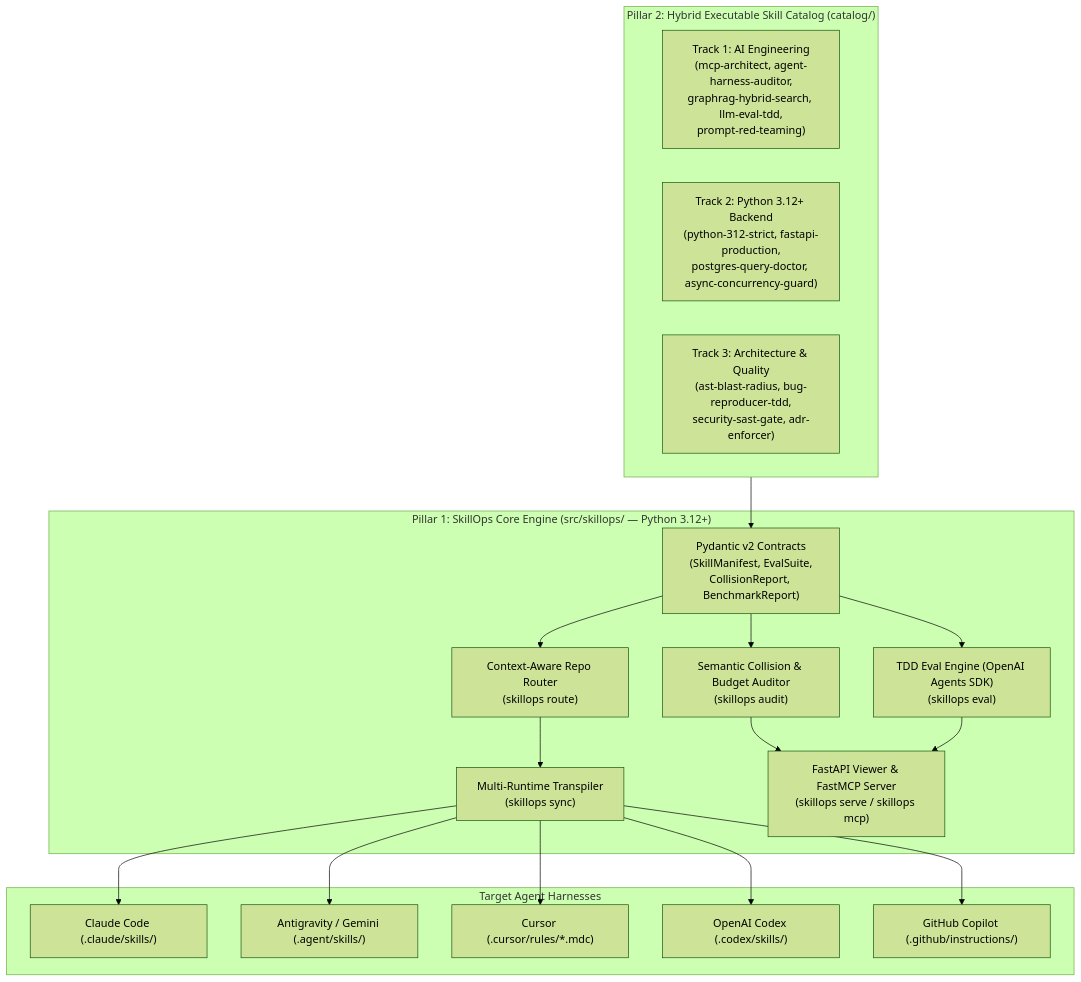
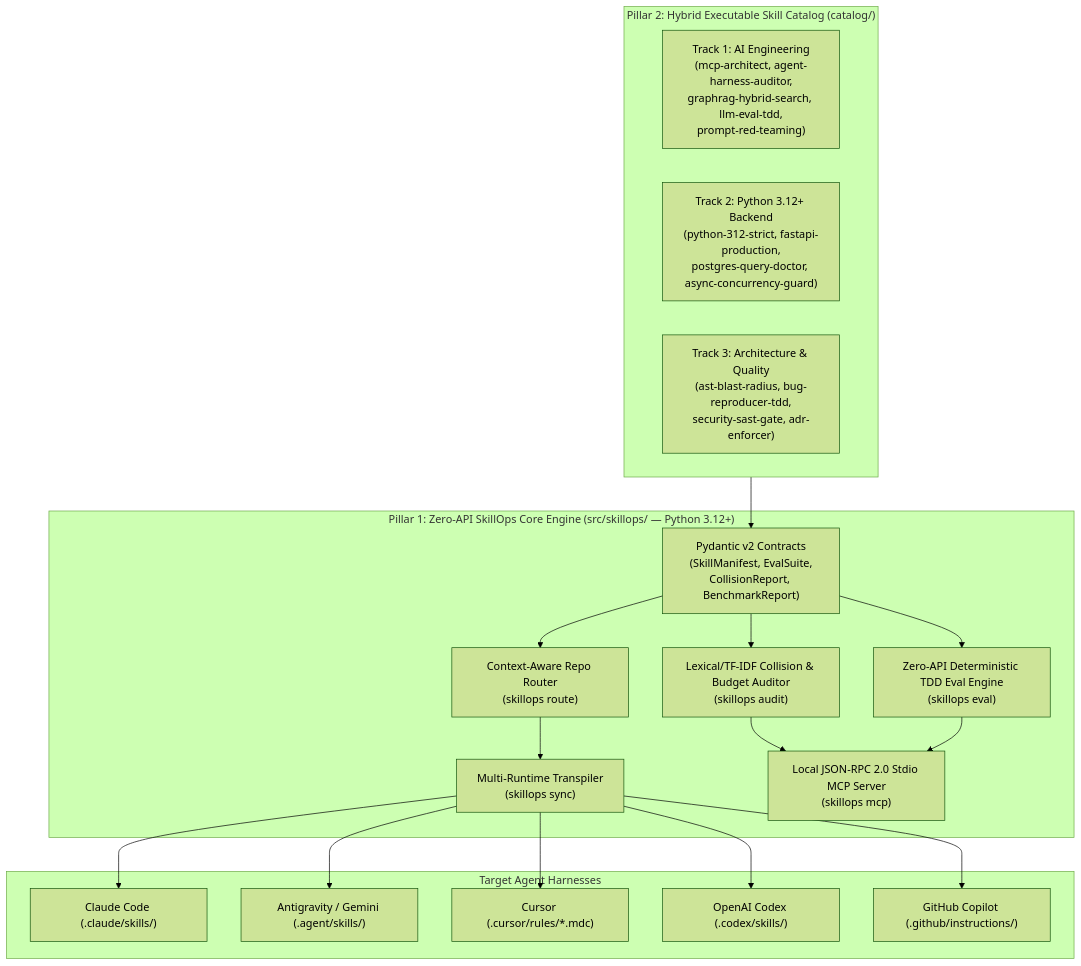
The diagram in docs/architecture/README.md (OdevMatheus/SkillOps), drawn with Mermaid (forest theme) before and after one commit. The commit also changed other lines of this file and 15 other files, not shown here.

First line of the commit message:
refactor(core): remove all external LLM and HTTP API dependencies (100% Zero-API)

````diff
--- a/docs/architecture/README.md
+++ b/docs/architecture/README.md
@@ -24,33 +24,33 @@
 ```mermaid
 flowchart TB
     subgraph Catalog["Pillar 2: Hybrid Executable Skill Catalog (catalog/)"]
         T1["Track 1: AI Engineering\n(mcp-architect, agent-harness-auditor,\ngraphrag-hybrid-search, llm-eval-tdd,\nprompt-red-teaming)"]
         T2["Track 2: Python 3.12+ Backend\n(python-312-strict, fastapi-production,\npostgres-query-doctor, async-concurrency-guard)"]
         T3["Track 3: Architecture & Quality\n(ast-blast-radius, bug-reproducer-tdd,\nsecurity-sast-gate, adr-enforcer)"]
     end
 
-    subgraph Engine["Pillar 1: SkillOps Core Engine (src/skillops/ — Python 3.12+)"]
+    subgraph Engine["Pillar 1: Zero-API SkillOps Core Engine (src/skillops/ — Python 3.12+)"]
         Models["Pydantic v2 Contracts\n(SkillManifest, EvalSuite,\nCollisionReport, BenchmarkReport)"]
-        Auditor["Semantic Collision & Budget Auditor\n(skillops audit)"]
+        Auditor["Lexical/TF-IDF Collision & Budget Auditor\n(skillops audit)"]
         Router["Context-Aware Repo Router\n(skillops route)"]
         Sync["Multi-Runtime Transpiler\n(skillops sync)"]
-        Eval["TDD Eval Engine (OpenAI Agents SDK)\n(skillops eval)"]
-        Server["FastAPI Viewer & FastMCP Server\n(skillops serve / skillops mcp)"]
+        Eval["Zero-API Deterministic TDD Eval Engine\n(skillops eval)"]
+        Mcp["Local JSON-RPC 2.0 Stdio MCP Server\n(skillops mcp)"]
     end
 
     subgraph Runtimes["Target Agent Harnesses"]
         R1["Claude Code (.claude/skills/)"]
         R2["Antigravity / Gemini (.agent/skills/)"]
         R3["Cursor (.cursor/rules/*.mdc)"]
         R4["OpenAI Codex (.codex/skills/)"]
         R5["GitHub Copilot (.github/instructions/)"]
     end
 
     Catalog --> Models
     Models --> Auditor
     Models --> Router
     Models --> Eval
     Router --> Sync
     Sync --> R1 & R2 & R3 & R4 & R5
-    Auditor & Eval --> Server
+    Auditor & Eval --> Mcp
 ```
````
